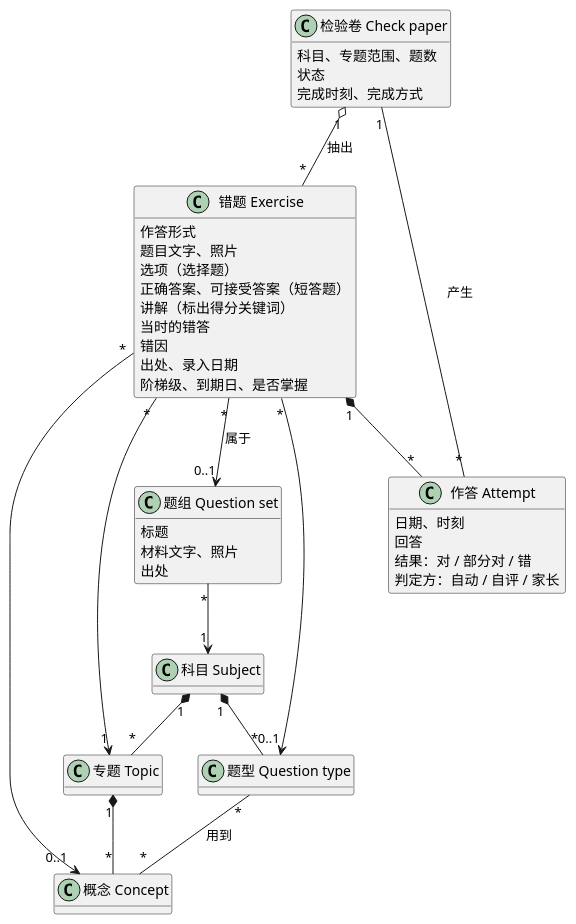
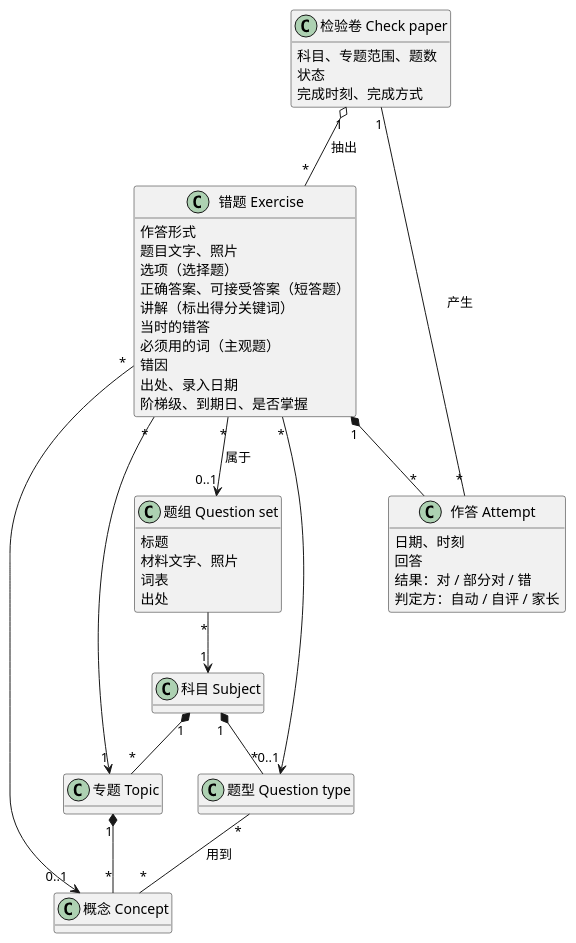
One commit to lengthlong/exercise_arena changed the first of 2 diagrams in domain/OVERVIEW.md. Above: the diagram before and after it, drawn with PlantUML. The commit also changed other lines of this file and 7 other files, not shown here.

````diff
--- a/domain/OVERVIEW.md
+++ b/domain/OVERVIEW.md
@@ -7,48 +7,50 @@
 ```plantuml
 @startuml
 hide empty methods
 class "错题 Exercise" as Exercise {
   作答形式
   题目文字、照片
   选项（选择题）
   正确答案、可接受答案（短答题）
   讲解（标出得分关键词）
   当时的错答
+  必须用的词（主观题）
   错因
   出处、录入日期
   阶梯级、到期日、是否掌握
 }
 class "科目 Subject" as Subject
 class "专题 Topic" as Topic
 class "概念 Concept" as Concept
 class "题型 Question type" as QType
 class "作答 Attempt" as Attempt {
   日期、时刻
   回答
   结果：对 / 部分对 / 错
   判定方：自动 / 自评 / 家长
 }
 class "题组 Question set" as QSet {
   标题
   材料文字、照片
+  词表
   出处
 }
 class "检验卷 Check paper" as Paper {
   科目、专题范围、题数
   状态
   完成时刻、完成方式
 }
 Subject "1" *-- "*" Topic
 Topic "1" *-- "*" Concept
 Subject "1" *-- "*" QType
 QType "*" -- "*" Concept : 用到
 Exercise "*" --> "1" Topic
 Exercise "*" --> "0..1" Concept
 Exercise "*" --> "0..1" QType
 Exercise "*" --> "0..1" QSet : 属于
 QSet "*" --> "1" Subject
 Exercise "1" *-- "*" Attempt
 Paper "1" o-- "*" Exercise : 抽出
 Paper "1" -- "*" Attempt : 产生
 @enduml
 ```
````
